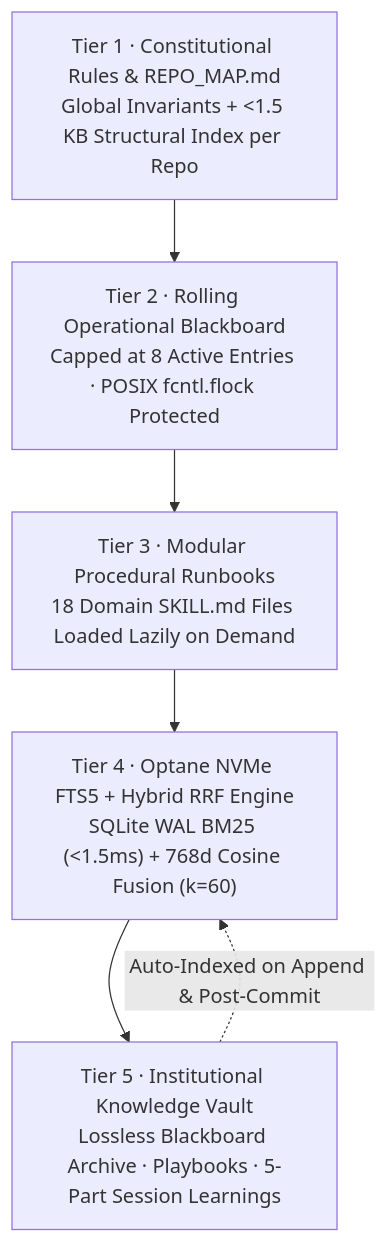
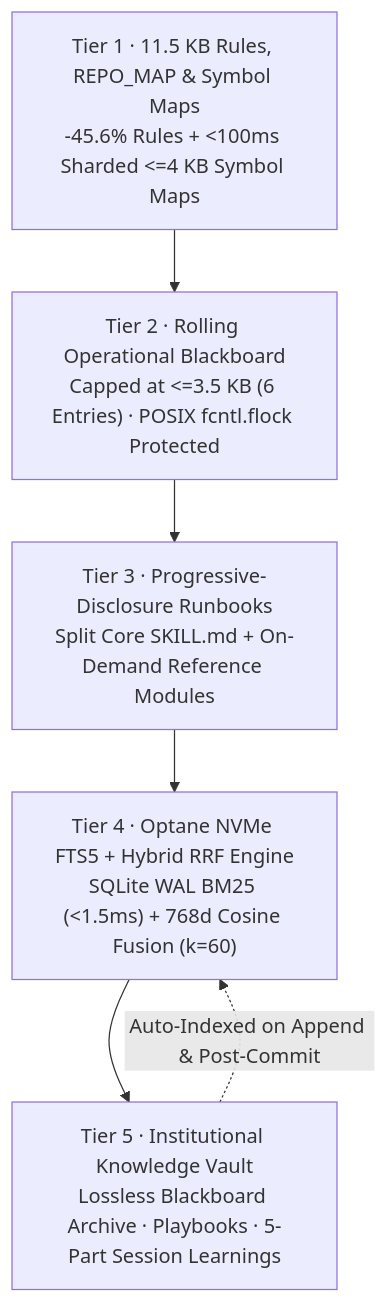
Before and after one commit to jhathcock-sys/Public-Showcase: the first of 2 diagrams in 02_AI-Systems-Architecture/02-Five-Tier-Memory-and-Hybrid-RRF.md, drawn with Mermaid. The commit also changed other lines of this file and 10 other files, not shown here.

Commit message:
docs(showcase): sync Arclight v0.7.1 (Sprint 2 + Wave 0 + Sprint 2.5), 18-upgrade ROI architecture, ~20x token benchmark, and 30/30 doctor

````diff
--- a/02_AI-Systems-Architecture/02-Five-Tier-Memory-and-Hybrid-RRF.md
+++ b/02_AI-Systems-Architecture/02-Five-Tier-Memory-and-Hybrid-RRF.md
@@ -26,8 +26,8 @@
 ```mermaid
 flowchart TB
-    T1["Tier 1 · Constitutional Rules & REPO_MAP.md\nGlobal Invariants + <1.5 KB Structural Index per Repo"] --> T2["Tier 2 · Rolling Operational Blackboard\nCapped at 8 Active Entries · POSIX fcntl.flock Protected"]
-    T2 --> T3["Tier 3 · Modular Procedural Runbooks\n18 Domain SKILL.md Files Loaded Lazily on Demand"]
+    T1["Tier 1 · 11.5 KB Rules, REPO_MAP & Symbol Maps\n-45.6% Rules + <100ms Sharded <=4 KB Symbol Maps"] --> T2["Tier 2 · Rolling Operational Blackboard\nCapped at <=3.5 KB (6 Entries) · POSIX fcntl.flock Protected"]
+    T2 --> T3["Tier 3 · Progressive-Disclosure Runbooks\nSplit Core SKILL.md + On-Demand Reference Modules"]
     T3 --> T4["Tier 4 · Optane NVMe FTS5 + Hybrid RRF Engine\nSQLite WAL BM25 (<1.5ms) + 768d Cosine Fusion (k=60)"]
     T4 --> T5["Tier 5 · Institutional Knowledge Vault\nLossless Blackboard Archive · Playbooks · 5-Part Session Learnings"]
     T5 -.->|"Auto-Indexed on Append & Post-Commit"| T4
 ```
````
